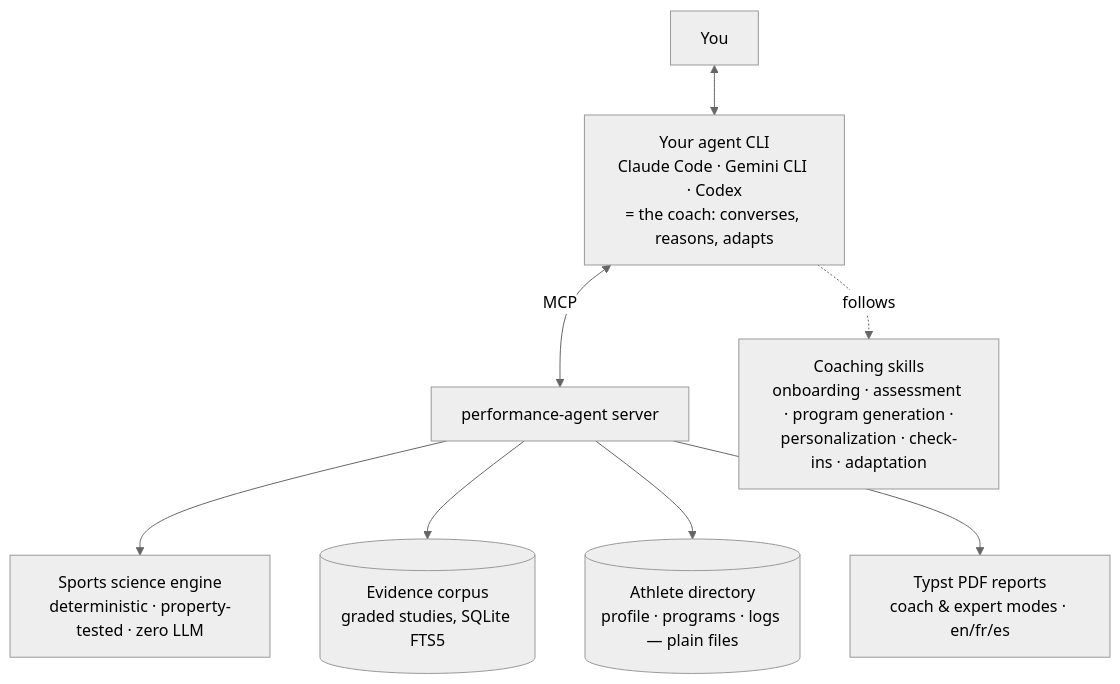
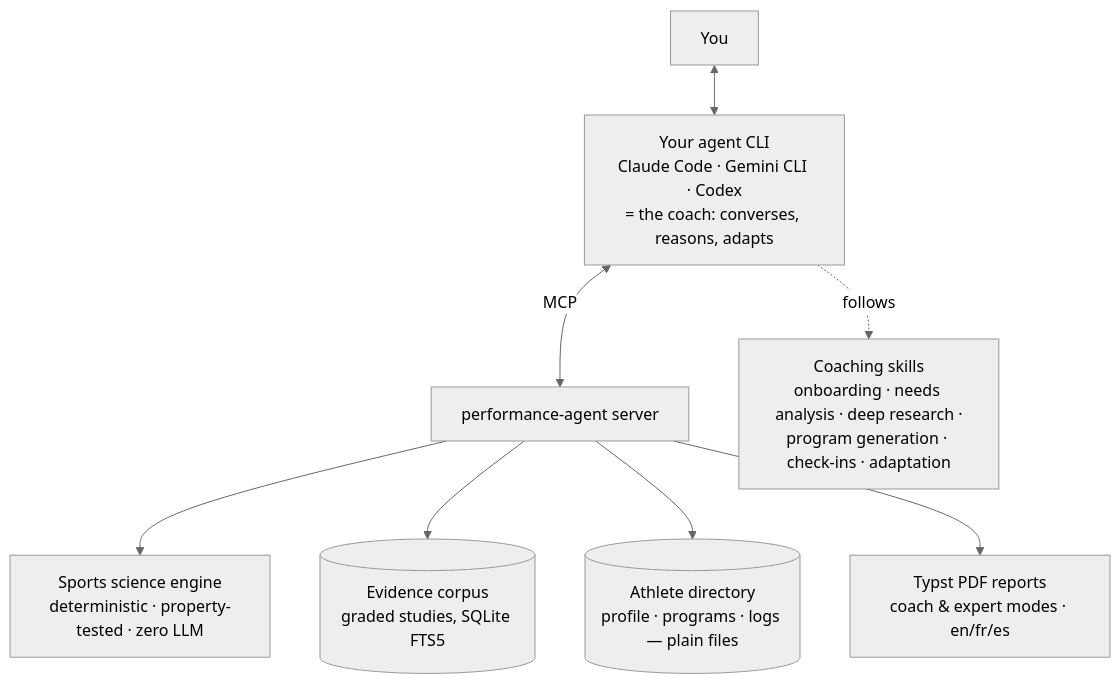
One commit to clementrx/Performance-agent changed the diagram in README.md. Above: the diagram before and after it, drawn with Mermaid (neutral theme). The commit also changed other lines of this file and 6 other files, not shown here.

First line of the commit message:
Route the coach through needs-analysis and deep-research

````diff
--- a/README.md
+++ b/README.md
@@ -191,11 +191,11 @@
 ```mermaid
 flowchart TB
     U[You] <--> H[Your agent CLI<br/>Claude Code · Gemini CLI · Codex<br/>= the coach: converses, reasons, adapts]
     H <-->|MCP| S[performance-agent server]
-    H -.follows.-> SK[Coaching skills<br/>onboarding · assessment · program generation ·
-personalization · check-ins · adaptation]
+    H -.follows.-> SK[Coaching skills<br/>onboarding · needs analysis · deep research ·
+program generation · check-ins · adaptation]
     S --> E[Sports science engine<br/>deterministic · property-tested · zero LLM]
     S --> EV[(Evidence corpus<br/>graded studies, SQLite FTS5)]
     S --> M[(Athlete directory<br/>profile · programs · logs — plain files)]
     S --> R[Typst PDF reports<br/>coach & expert modes · en/fr/es]
 ```
````
